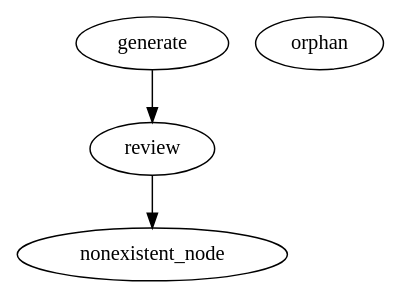
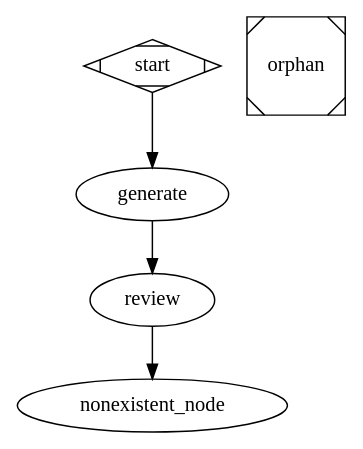
The second of 4 diagrams in docs/tutorials/getting-started.md (jawhnycooke/attractor), drawn with Graphviz before and after one commit. The commit also changed other lines of this file and 5 other files, not shown here.

````diff
--- a/docs/tutorials/getting-started.md
+++ b/docs/tutorials/getting-started.md
@@ -218,10 +229,12 @@
 ```dot
 digraph broken {
-    generate [handler="codergen" prompt="Do something." start=true]
-    review   [handler="badhandler"  prompt="Review it."]
-    orphan   [handler="codergen"  prompt="Nobody reaches me." terminal=true]
+    start [shape=Mdiamond]
+    generate [type="codergen" prompt="Do something."]
+    review   [type="badhandler" prompt="Review it."]
+    orphan   [type="codergen" prompt="Nobody reaches me." shape=Msquare]
 
+    start -> generate
     generate -> review
     review -> nonexistent_node
 }
 ```
````
